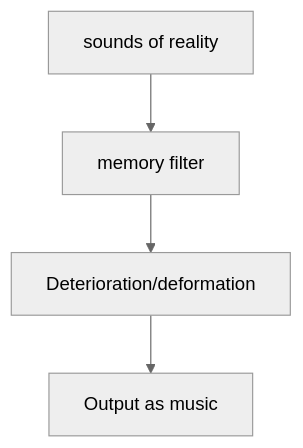
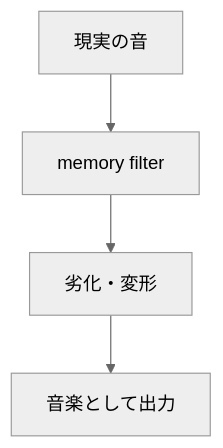
The first of 11 diagrams in en/_posts/2026-07-01-column-influential-album-03.md (monumental-movement/monumental-movement.github.io), drawn with Mermaid (neutral theme) before and after one commit. The commit also changed other lines of this file and 2196 other files, not shown here.

```diff
--- a/en/_posts/2026-07-01-column-influential-album-03.md
+++ b/en/_posts/2026-07-01-column-influential-album-03.md
@@ -79,10 +77,10 @@
 <div class="mermaid">
 flowchart TD
-A[sounds of reality]
+A[現実の音]
 B[memory filter]
-C[Deterioration/deformation]
-D[Output as music]
+C[劣化・変形]
+D[音楽として出力]
 
 A --> B --> C --> D
 
 </div>
```
